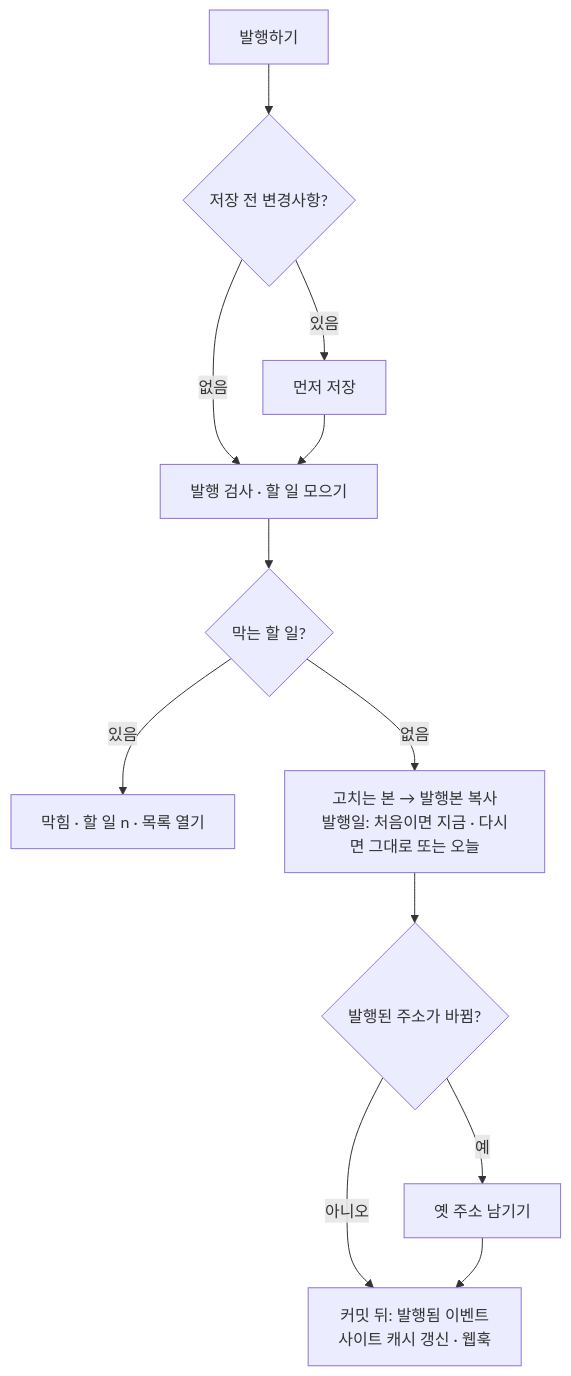
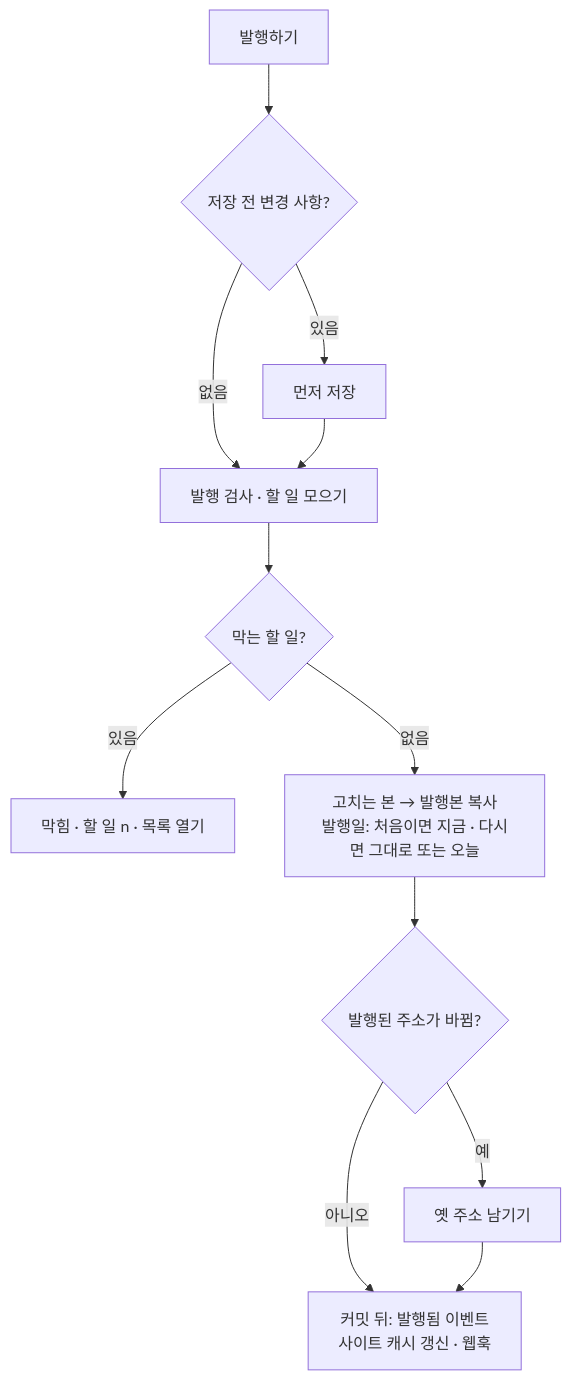
The third of 4 diagrams in docs/design/features/02-entry-lifecycle.md (monti-cms/monti), drawn with Mermaid before and after one commit. The commit also changed other lines of this file and 34 other files, not shown here.

````diff
--- a/docs/design/features/02-entry-lifecycle.md
+++ b/docs/design/features/02-entry-lifecycle.md
@@ -86,14 +86,14 @@
 ```mermaid
 flowchart TD
-  P["발행하기"] --> SV{"저장 전 변경사항?"}
+  P["발행하기"] --> SV{"저장 전 변경 사항?"}
   SV -->|있음| SAVE["먼저 저장"]
   SV -->|없음| CK
   SAVE --> CK["발행 검사 · 할 일 모으기"]
   CK --> B{"막는 할 일?"}
   B -->|있음| T["막힘 · 할 일 n · 목록 열기"]
   B -->|없음| COPY["고치는 본 → 발행본 복사<br/>발행일: 처음이면 지금 · 다시면 그대로 또는 오늘"]
   COPY --> OLD{"발행된 주소가 바뀜?"}
   OLD -->|예| RD["옛 주소 남기기"]
   OLD -->|아니오| EV
   RD --> EV["커밋 뒤: 발행됨 이벤트<br/>사이트 캐시 갱신 · 웹훅"]
 ```
````
